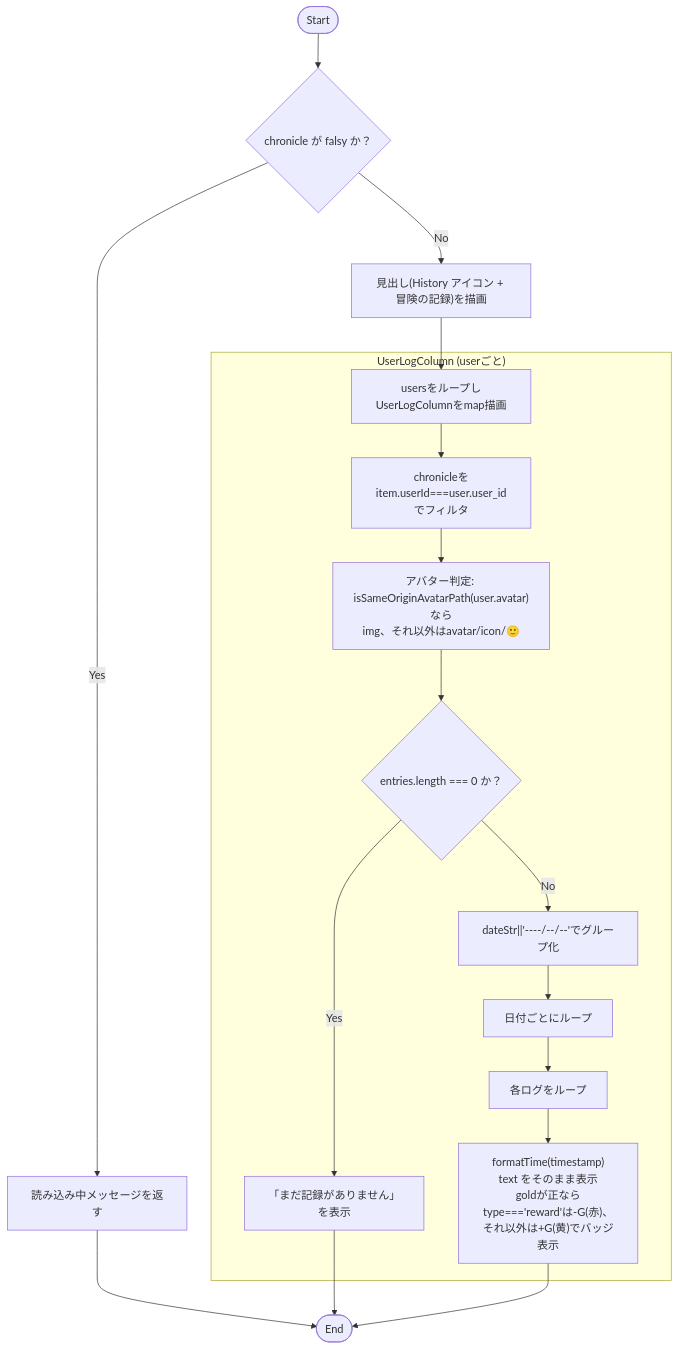
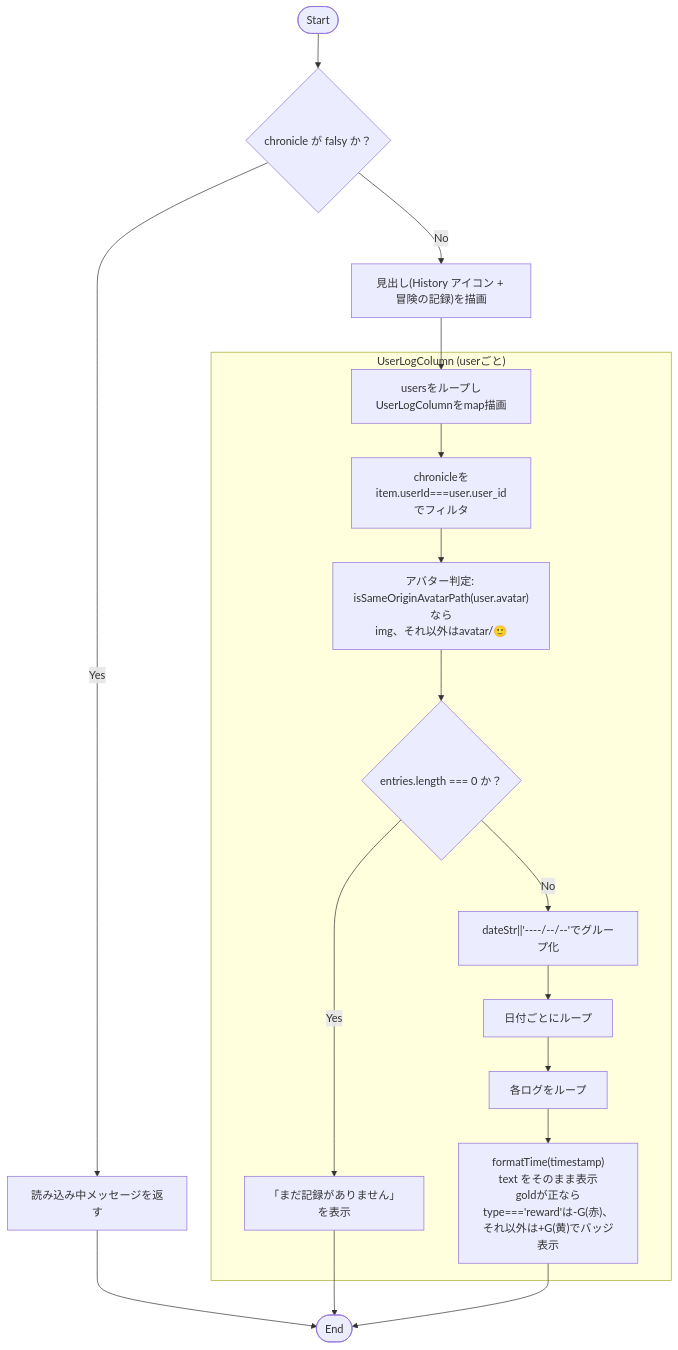
The first of 2 diagrams in docs/specifications/family-quest/src/features/family/components/FamilyLog.md (mmtigers/my_python_project), drawn with Mermaid before and after one commit. The commit also changed other lines of this file and 211 other files, not shown here.

````diff
--- a/docs/specifications/family-quest/src/features/family/components/FamilyLog.md
+++ b/docs/specifications/family-quest/src/features/family/components/FamilyLog.md
@@ -117,23 +119,23 @@
 ```mermaid
 flowchart TD
     Start([Start]) --> CheckChronicle{"chronicle が falsy か？"}
     CheckChronicle -- Yes --> ReturnLoading["読み込み中メッセージを返す"]
     ReturnLoading --> End([End])
     CheckChronicle -- No --> RenderHeader["見出し(History アイコン + 冒険の記録)を描画"]
     RenderHeader --> LoopUsers["usersをループしUserLogColumnをmap描画"]
 
     subgraph "UserLogColumn (userごと)"
         LoopUsers --> FilterEntries["chronicleをitem.userId===user.user_idでフィルタ"]
-        FilterEntries --> RenderAvatar["アバター判定: isSameOriginAvatarPath(user.avatar)なら\nimg、それ以外はavatar/icon/🙂"]
+        FilterEntries --> RenderAvatar["アバター判定: isSameOriginAvatarPath(user.avatar)なら\nimg、それ以外はavatar/🙂"]
         RenderAvatar --> CheckEmpty{"entries.length === 0 か？"}
         CheckEmpty -- Yes --> RenderEmptyMsg["「まだ記録がありません」を表示"]
         CheckEmpty -- No --> GroupByDate["dateStr||'----/--/--'でグループ化"]
         GroupByDate --> LoopDates["日付ごとにループ"]
         LoopDates --> LoopLogs["各ログをループ"]
         LoopLogs --> FormatEntry["formatTime(timestamp)\ntext をそのまま表示\ngoldが正なら\ntype==='reward'は-G(赤)、それ以外は+G(黄)でバッジ表示"]
     end
 
     RenderEmptyMsg --> End
     FormatEntry --> End
 
 ```
````
